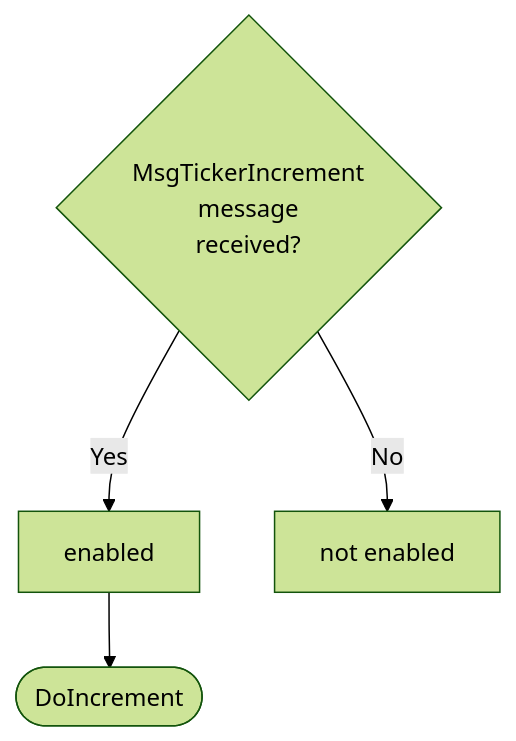
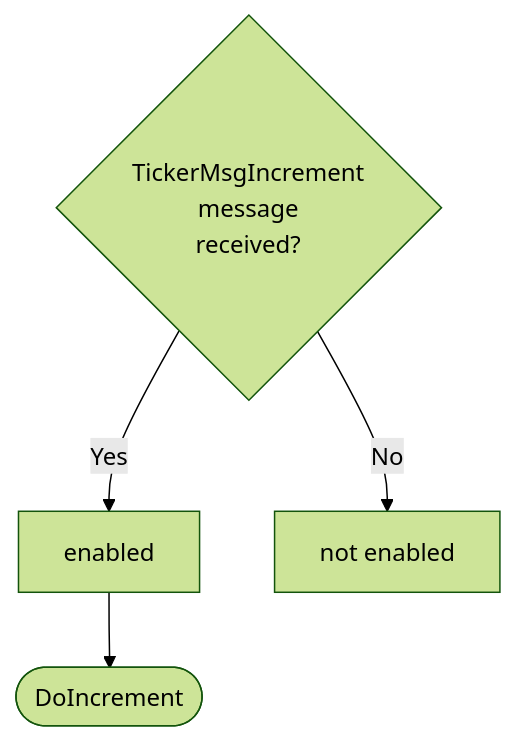
Before and after one commit to anoma/nspec: the first of 2 diagrams in docs/arch/node/engines/ticker_behaviour.juvix.md, drawn with Mermaid (forest theme). The commit also changed other lines of this file and 2 other files, not shown here.

Commit message:
revert msg

````diff
--- a/docs/arch/node/engines/ticker_behaviour.juvix.md
+++ b/docs/arch/node/engines/ticker_behaviour.juvix.md
@@ -144,7 +144,7 @@
 ```mermaid
 flowchart TD
-C{MsgTickerIncrement<br>message<br>received?}
+C{TickerMsgIncrement<br>message<br>received?}
 C -->|Yes| D[enabled]
 C -->|No| E[not enabled]
 D --> F([DoIncrement])
 ```
````
